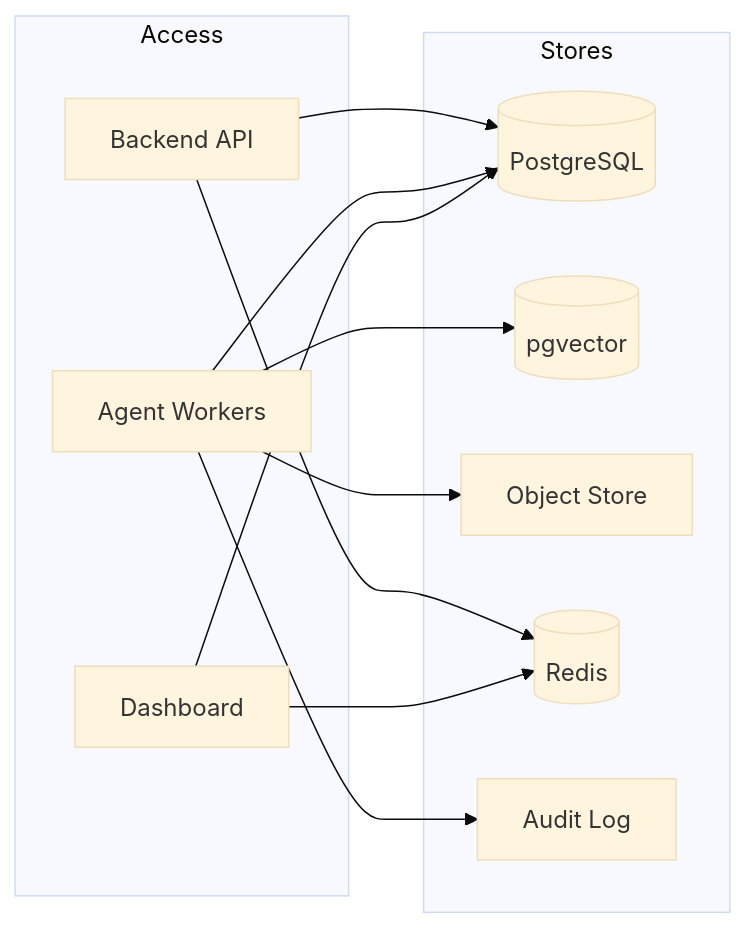
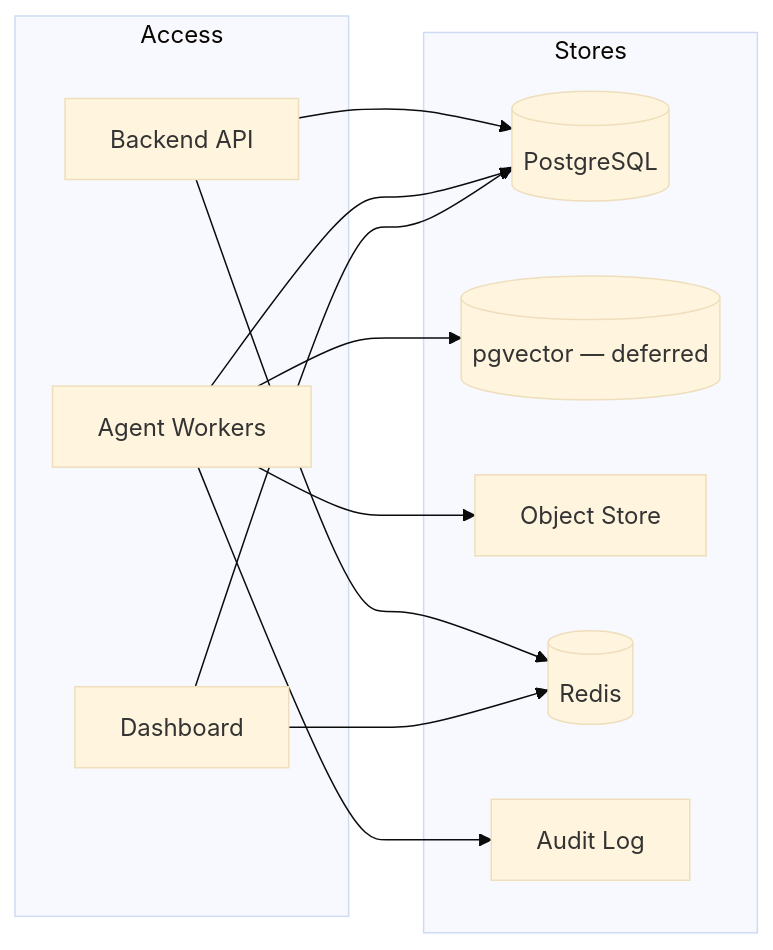
The diagram in docs/architecture/data-architecture.md (vijayshri182/ai-career-agent), drawn with Mermaid (base theme) before and after one commit. The commit also changed other lines of this file and 15 other files, not shown here.

````diff
--- a/docs/architecture/data-architecture.md
+++ b/docs/architecture/data-architecture.md
@@ -5,25 +5,25 @@
 ```mermaid
 flowchart LR
     subgraph Stores
         PG[(PostgreSQL)]
-        VEC[(pgvector)]
+        VEC[(pgvector — deferred)]
         OBJ[Object Store]
         RED[(Redis)]
         AUDIT[Audit Log]
     end
 
     subgraph Access
         API[Backend API]
         Agents[Agent Workers]
         Dashboard[Dashboard]
     end
 
     API --> PG
     API --> RED
     Agents --> PG
     Agents --> VEC
     Agents --> OBJ
     Agents --> AUDIT
     Dashboard --> PG
     Dashboard --> RED
 ```
````
